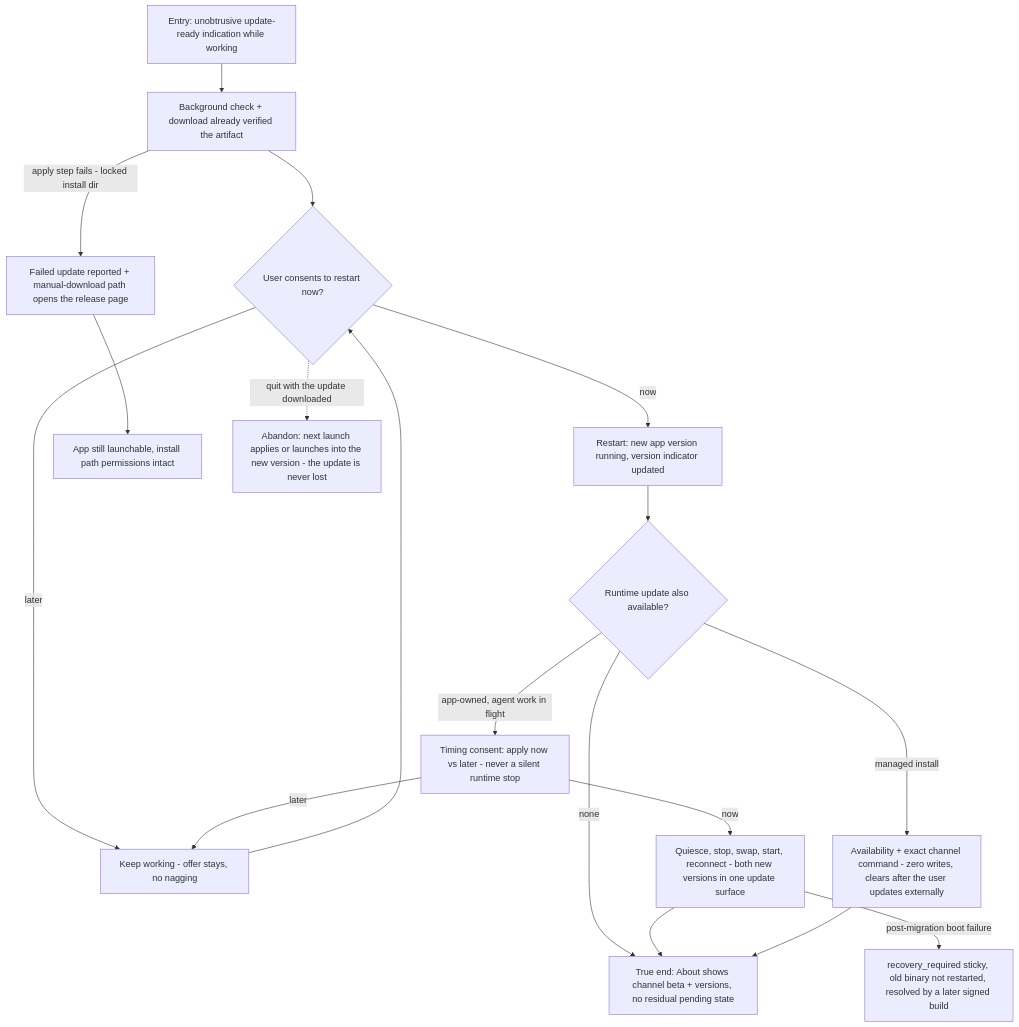
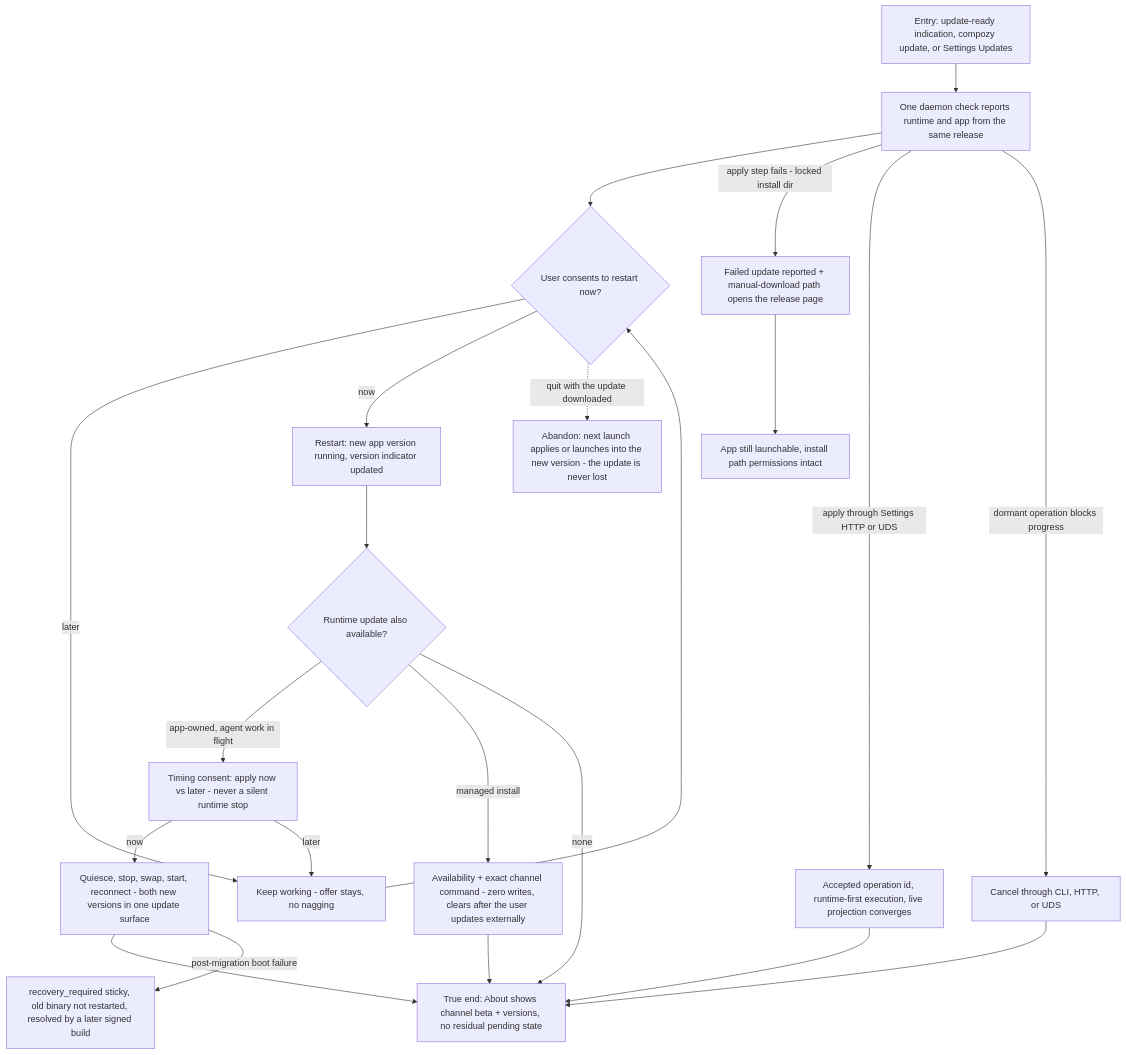
Before and after one commit to compozy/compozy: the diagram in docs/qa/journeys/J-desktop-update-moment.md, drawn with Mermaid. The commit also changed other lines of this file and 97 other files, not shown here.

First line of the commit message:
feat: Update Operation, single command, and daemon surfaces #01

````diff
--- a/docs/qa/journeys/J-desktop-update-moment.md
+++ b/docs/qa/journeys/J-desktop-update-moment.md
@@ -8,20 +8,24 @@
 ```mermaid
 flowchart TD
-    A[Entry: unobtrusive update-ready indication while working] --> B[Background check + download already verified the artifact]
+    A[Entry: update-ready indication, compozy update, or Settings Updates] --> B[One daemon check reports runtime and app from the same release]
     B --> C{User consents to restart now?}
     C -->|later| D[Keep working - offer stays, no nagging]
     D --> C
     C -->|now| E[Restart: new app version running, version indicator updated]
     E --> F{Runtime update also available?}
     F -->|app-owned, agent work in flight| G[Timing consent: apply now vs later - never a silent runtime stop]
     G -->|now| H[Quiesce, stop, swap, start, reconnect - both new versions in one update surface]
     G -->|later| D
     F -->|managed install| I[Availability + exact channel command - zero writes, clears after the user updates externally]
     F -->|none| J
     H --> J[True end: About shows channel beta + versions, no residual pending state]
     I --> J
     B -->|apply step fails - locked install dir| K[Failed update reported + manual-download path opens the release page]
     K --> L[App still launchable, install path permissions intact]
     H -->|post-migration boot failure| M[recovery_required sticky, old binary not restarted, resolved by a later signed build]
     C -.->|quit with the update downloaded| X1[Abandon: next launch applies or launches into the new version - the update is never lost]
+    B -->|apply through Settings HTTP or UDS| O[Accepted operation id, runtime-first execution, live projection converges]
+    O --> J
+    B -->|dormant operation blocks progress| P[Cancel through CLI, HTTP, or UDS]
+    P --> J
 ```
````
